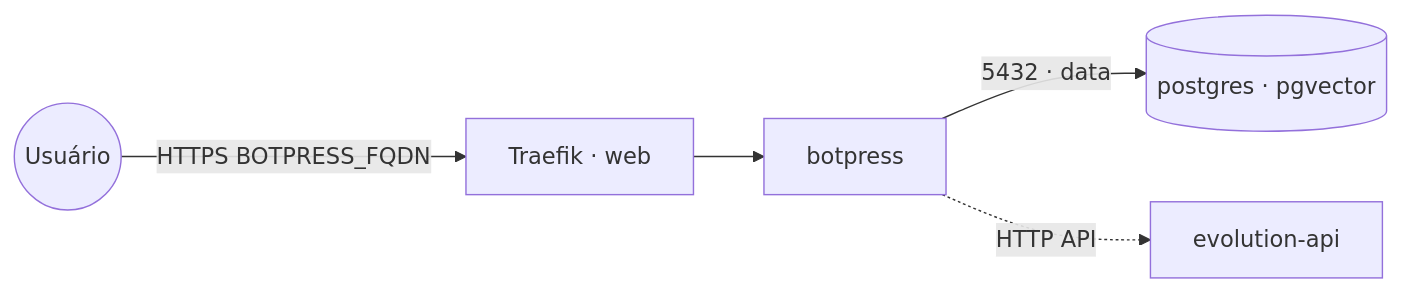
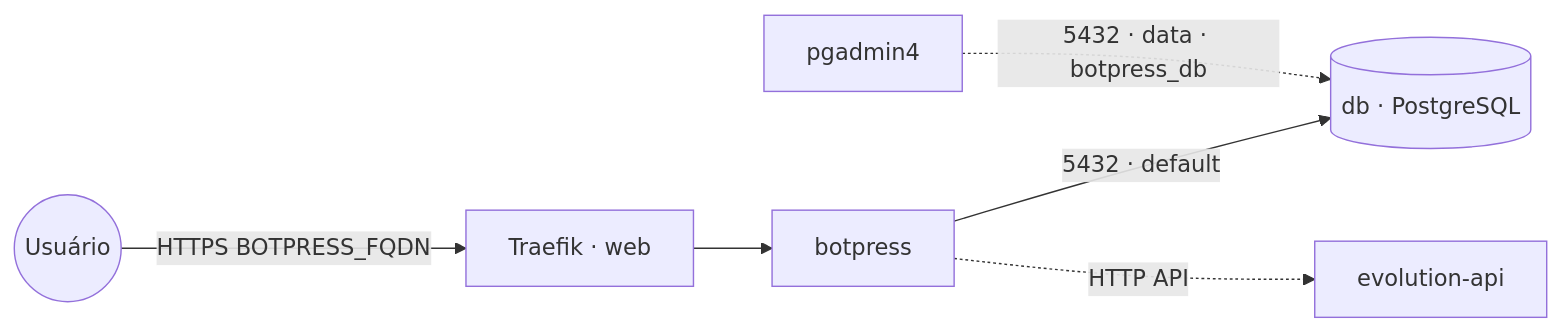
Before and after one commit to marcelofmatos/portainer-stacks: the diagram in botpress/README.md, drawn with Mermaid. The commit also changed other lines of this file and 23 other files, not shown here.

First line of the commit message:
Refactor stacks to use embedded PostgreSQL instead of shared instances

````diff
--- a/botpress/README.md
+++ b/botpress/README.md
@@ -9,7 +10,8 @@
 ```mermaid
 flowchart LR
     user((Usuário)) -->|HTTPS BOTPRESS_FQDN| traefik[Traefik · web]
     traefik --> bp[botpress]
-    bp -->|5432 · data| pg[(postgres · pgvector)]
+    bp -->|5432 · default| db[(db · PostgreSQL)]
+    pg[pgadmin4] -.->|5432 · data · botpress_db| db
     bp -.->|HTTP API| evo[evolution-api]
 ```
````
